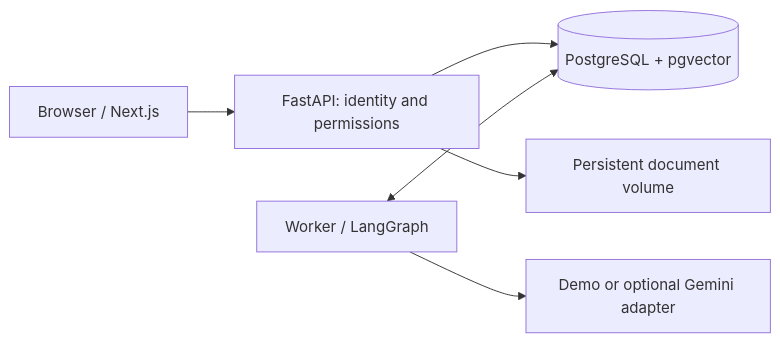
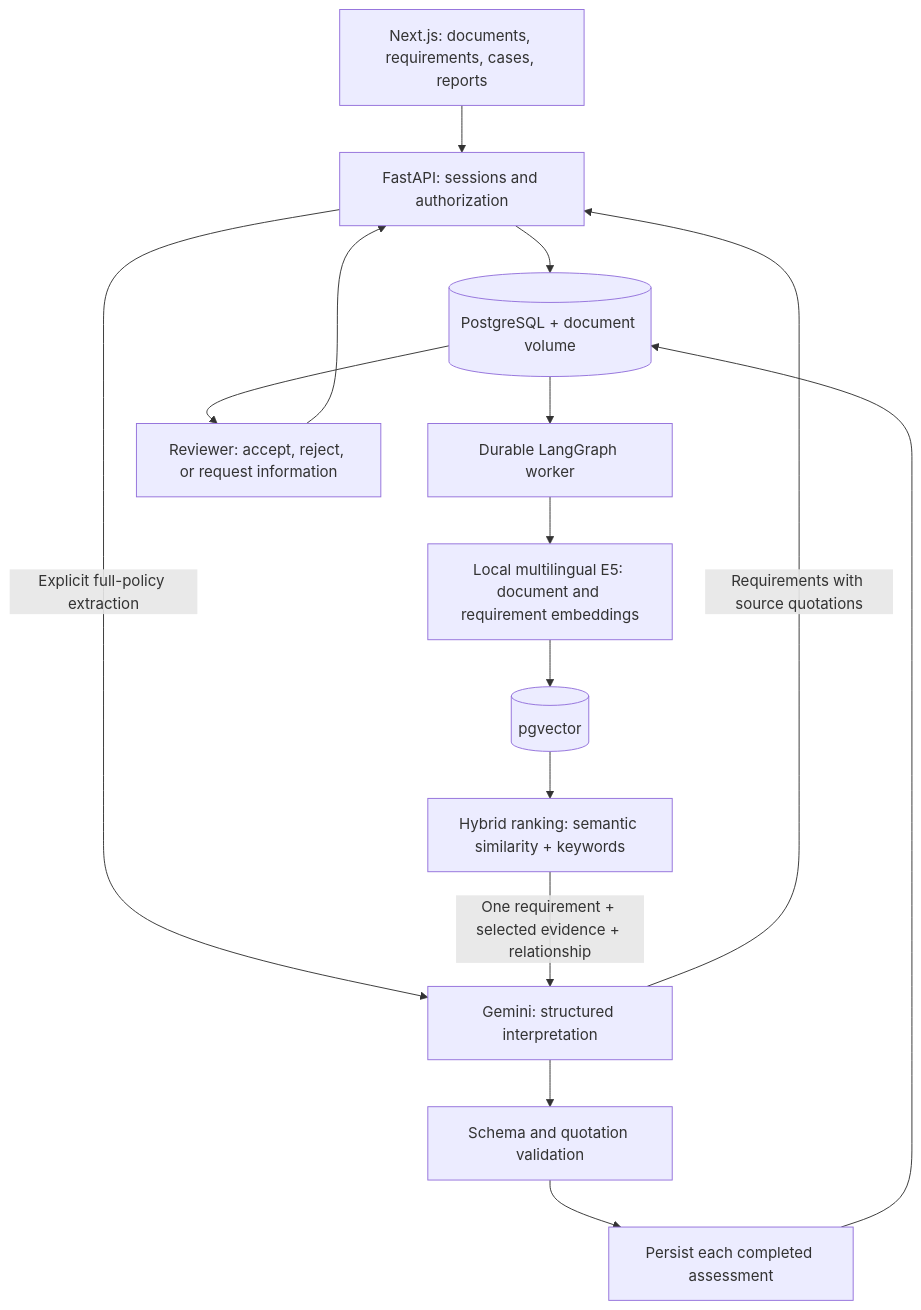
One commit to Arek525/counterparty_risk_analyst changed the diagram in README.md. Above: the diagram before and after it, drawn with Mermaid. The commit also changed other lines of this file and 3 other files, not shown here.

````diff
--- a/README.md
+++ b/README.md
@@ -132,8 +67,17 @@
 ```mermaid
-flowchart LR
-    Browser[Browser / Next.js] --> API[FastAPI: identity and permissions]
-    API --> DB[(PostgreSQL + pgvector)]
-    API --> Files[Persistent document volume]
-    Worker[Worker / LangGraph] <--> DB
-    Worker --> Adapter[Demo or optional Gemini adapter]
+flowchart TD
+    UI[Next.js: documents, requirements, cases, reports] --> API[FastAPI: sessions and authorization]
+    API --> Store[(PostgreSQL + document volume)]
+    API -->|Explicit full-policy extraction| Gemini[Gemini: structured interpretation]
+    Gemini -->|Requirements with source quotations| API
+    Store --> Worker[Durable LangGraph worker]
+    Worker --> E5[Local multilingual E5: document and requirement embeddings]
+    E5 --> Vectors[(pgvector)]
+    Vectors --> Retrieve[Hybrid ranking: semantic similarity + keywords]
+    Retrieve -->|One requirement + selected evidence + relationship| Gemini
+    Gemini --> Validate[Schema and quotation validation]
+    Validate --> Save[Persist each completed assessment]
+    Save --> Store
+    Store --> Review[Reviewer: accept, reject, or request information]
+    Review --> API
 ```
````
